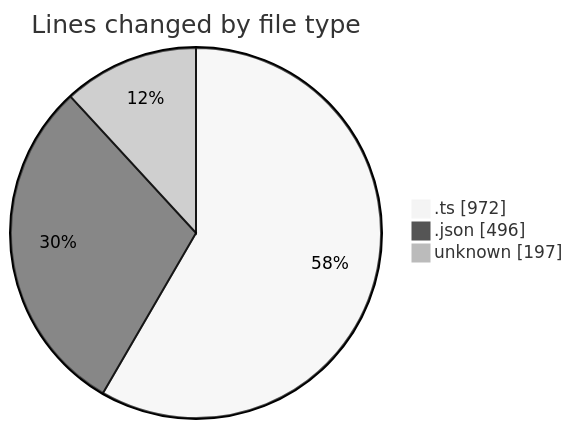
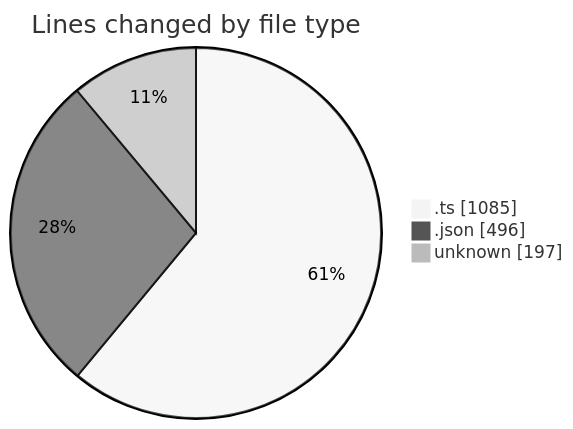
The first of 2 diagrams in 2025-08-24/chatgpt-extension/README.md (EIIisD/code-tracking), drawn with Mermaid (neutral theme) before and after one commit. The commit also changed other lines of this file and 1 other file, not shown here.

````diff
--- a/2025-08-24/chatgpt-extension/README.md
+++ b/2025-08-24/chatgpt-extension/README.md
@@ -24,7 +24,7 @@
 ```mermaid
 pie showData
 title Lines changed by file type
-".ts" : 972
+".ts" : 1085
 ".json" : 496
 "unknown" : 197
 ```
````
